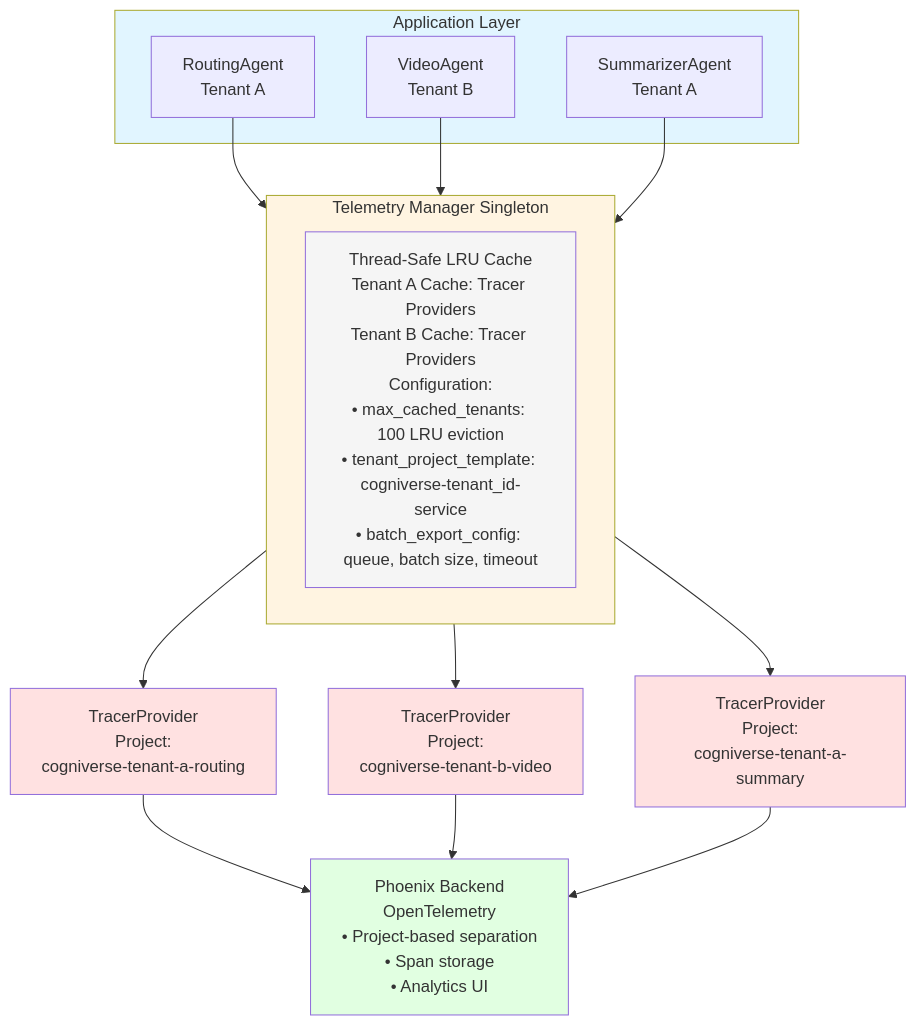
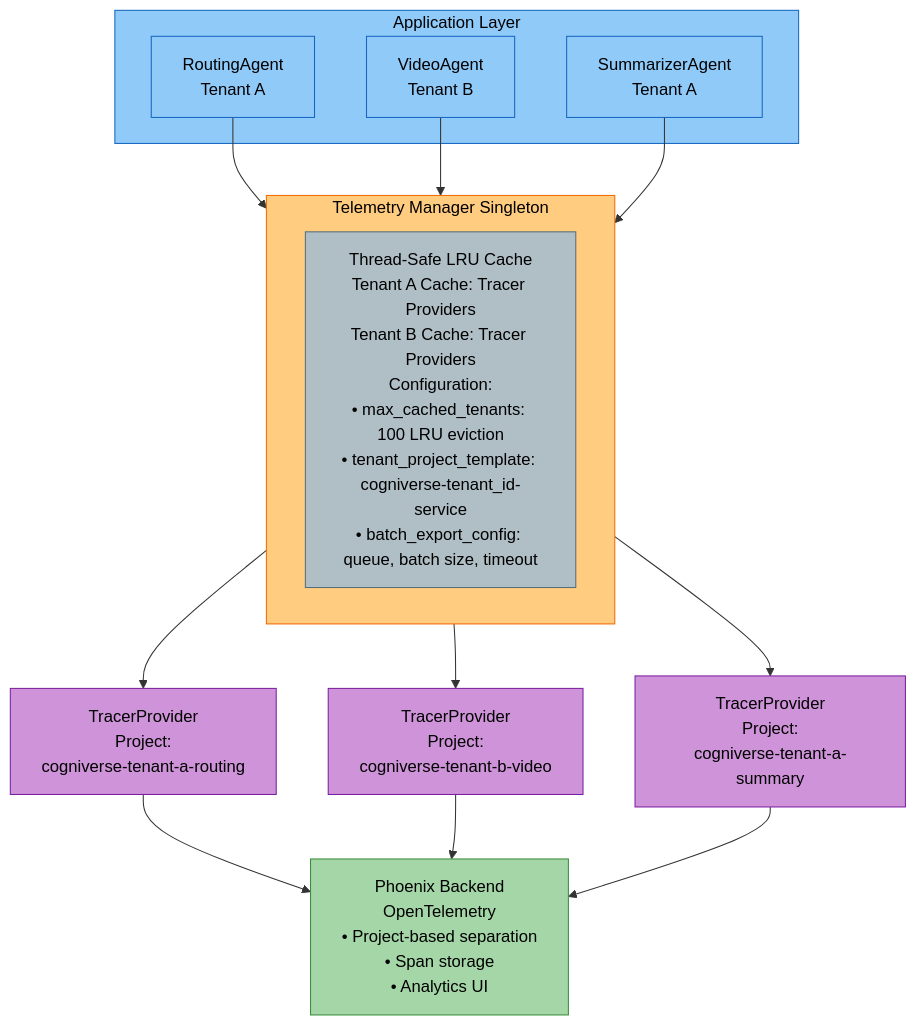
Before and after one commit to amit-jain/cogniverse: the first of 4 diagrams in docs/modules/telemetry.md, drawn with Mermaid. The commit also changed other lines of this file and 83 other files, not shown here.

First line of the commit message:
Fix documentation veracity, formatting, and diagrams across all modules

````diff
--- a/docs/modules/telemetry.md
+++ b/docs/modules/telemetry.md
@@ -156,32 +199,35 @@
 ```mermaid
-graph TB
-    subgraph AppLayer[Application Layer]
-        RoutingA[RoutingAgent<br/>Tenant A]
-        VideoB[VideoAgent<br/>Tenant B]
-        SummarizerA[SummarizerAgent<br/>Tenant A]
+flowchart TB
+    subgraph AppLayer["<span style='color:#000'>Application Layer</span>"]
+        RoutingA["<span style='color:#000'>RoutingAgent<br/>Tenant A</span>"]
+        VideoB["<span style='color:#000'>VideoAgent<br/>Tenant B</span>"]
+        SummarizerA["<span style='color:#000'>SummarizerAgent<br/>Tenant A</span>"]
     end
 
     RoutingA --> Manager
     VideoB --> Manager
     SummarizerA --> Manager
 
-    subgraph Manager[Telemetry Manager Singleton]
-        Cache[Thread-Safe LRU Cache<br/>Tenant A Cache: Tracer Providers<br/>Tenant B Cache: Tracer Providers<br/>Configuration:<br/>• max_cached_tenants: 100 LRU eviction<br/>• tenant_project_template: cogniverse-tenant_id-service<br/>• batch_export_config: queue, batch size, timeout]
+    subgraph Manager["<span style='color:#000'>Telemetry Manager Singleton</span>"]
+        Cache["<span style='color:#000'>Thread-Safe LRU Cache<br/>Tenant A Cache: Tracer Providers<br/>Tenant B Cache: Tracer Providers<br/>Configuration:<br/>• max_cached_tenants: 100 LRU eviction<br/>• tenant_project_template: cogniverse-tenant_id-service<br/>• batch_export_config: queue, batch size, timeout</span>"]
     end
 
-    Manager --> ProviderA[TracerProvider<br/>Project:<br/>cogniverse-tenant-a-routing]
-    Manager --> ProviderB[TracerProvider<br/>Project:<br/>cogniverse-tenant-b-video]
-    Manager --> ProviderC[TracerProvider<br/>Project:<br/>cogniverse-tenant-a-summary]
+    Manager --> ProviderA["<span style='color:#000'>TracerProvider<br/>Project:<br/>cogniverse-tenant-a-routing</span>"]
+    Manager --> ProviderB["<span style='color:#000'>TracerProvider<br/>Project:<br/>cogniverse-tenant-b-video</span>"]
+    Manager --> ProviderC["<span style='color:#000'>TracerProvider<br/>Project:<br/>cogniverse-tenant-a-summary</span>"]
 
-    ProviderA --> Phoenix[Phoenix Backend<br/>OpenTelemetry<br/>• Project-based separation<br/>• Span storage<br/>• Analytics UI]
+    ProviderA --> Phoenix["<span style='color:#000'>Phoenix Backend<br/>OpenTelemetry<br/>• Project-based separation<br/>• Span storage<br/>• Analytics UI</span>"]
     ProviderB --> Phoenix
     ProviderC --> Phoenix
 
-    style AppLayer fill:#e1f5ff
-    style Manager fill:#fff4e1
-    style Cache fill:#f5f5f5
-    style ProviderA fill:#ffe1e1
-    style ProviderB fill:#ffe1e1
-    style ProviderC fill:#ffe1e1
-    style Phoenix fill:#e1ffe1
+    style AppLayer fill:#90caf9,stroke:#1565c0,color:#000
+    style Manager fill:#ffcc80,stroke:#ef6c00,color:#000
+    style Cache fill:#b0bec5,stroke:#546e7a,color:#000
+    style RoutingA fill:#90caf9,stroke:#1565c0,color:#000
+    style VideoB fill:#90caf9,stroke:#1565c0,color:#000
+    style SummarizerA fill:#90caf9,stroke:#1565c0,color:#000
+    style ProviderA fill:#ce93d8,stroke:#7b1fa2,color:#000
+    style ProviderB fill:#ce93d8,stroke:#7b1fa2,color:#000
+    style ProviderC fill:#ce93d8,stroke:#7b1fa2,color:#000
+    style Phoenix fill:#a5d6a7,stroke:#388e3c,color:#000
 ```
````
